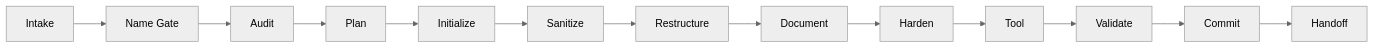
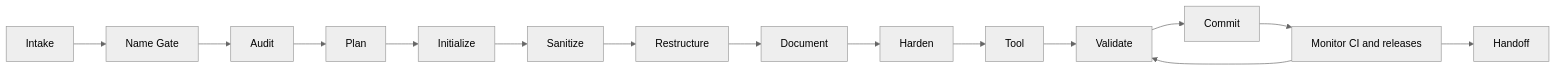
One commit to smeltery/skills changed the first of 2 diagrams in skills/engineering/port/README.md. Above: the diagram before and after it, drawn with Mermaid (neutral theme). The commit also changed other lines of this file and 2 other files, not shown here.

````diff
--- a/skills/engineering/port/README.md
+++ b/skills/engineering/port/README.md
@@ -22,15 +24,17 @@
 ```mermaid
 flowchart LR
   A[Intake] --> B[Name Gate]
   B --> C[Audit]
   C --> D[Plan]
   D --> E[Initialize]
   E --> F[Sanitize]
   F --> G[Restructure]
   G --> H[Document]
   H --> I[Harden]
   I --> J[Tool]
   J --> K[Validate]
   K --> L[Commit]
-  L --> M[Handoff]
+  L --> N[Monitor CI and releases]
+  N --> M[Handoff]
+  N --> K
 ```
````
